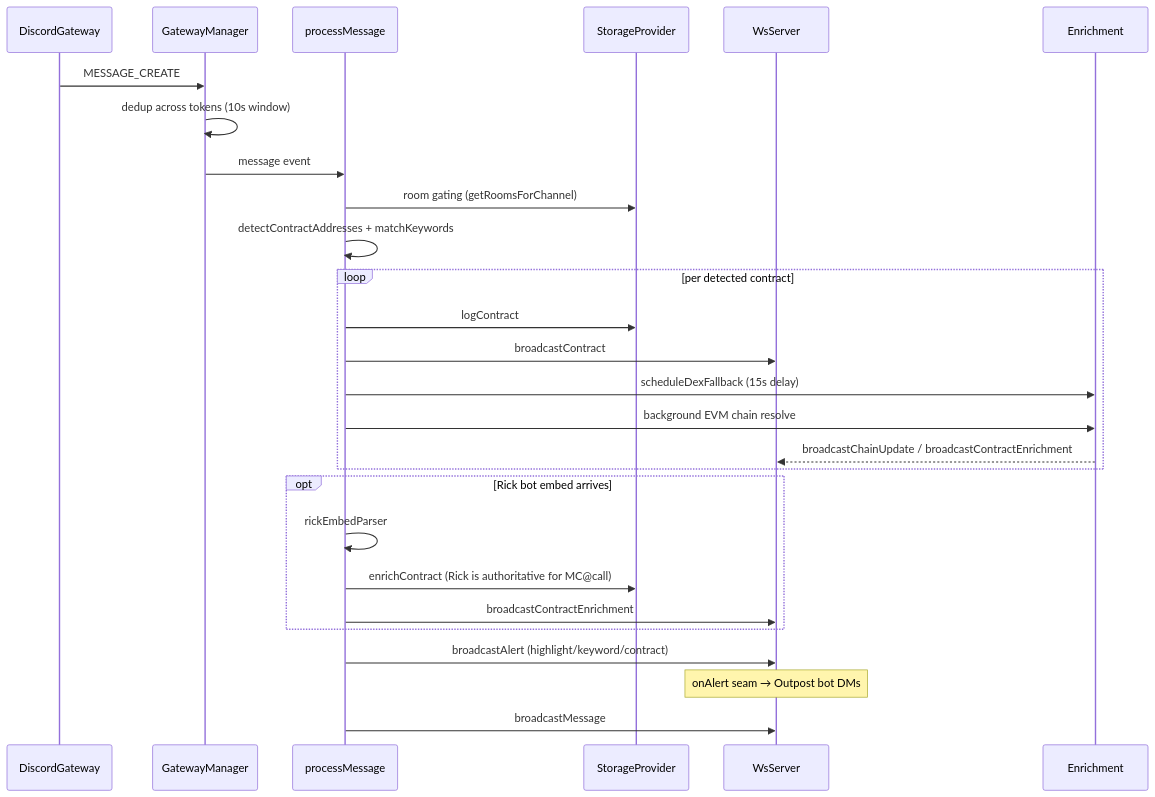
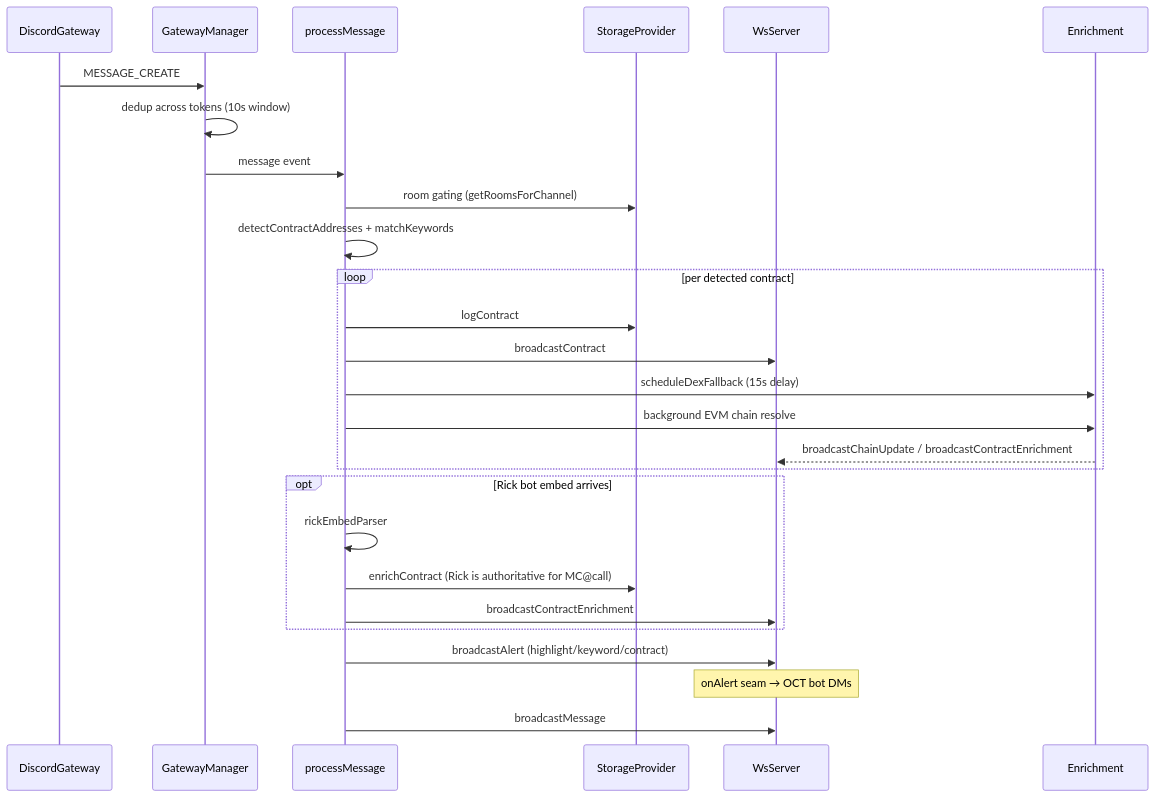
Before and after one commit to ArhamKhurram/Onchain-Tools: the second of 5 diagrams in docs/src/content/docs/architecture/backend.md, drawn with Mermaid. The commit also changed other lines of this file and 28 other files, not shown here.

````diff
--- a/docs/src/content/docs/architecture/backend.md
+++ b/docs/src/content/docs/architecture/backend.md
@@ -87,30 +87,30 @@
 ```mermaid
 sequenceDiagram
   participant G as DiscordGateway
   participant M as GatewayManager
   participant P as processMessage
   participant S as StorageProvider
   participant W as WsServer
   participant E as Enrichment
 
   G->>M: MESSAGE_CREATE
   M->>M: dedup across tokens (10s window)
   M->>P: message event
   P->>S: room gating (getRoomsForChannel)
   P->>P: detectContractAddresses + matchKeywords
   loop per detected contract
     P->>S: logContract
     P->>W: broadcastContract
     P->>E: scheduleDexFallback (15s delay)
     P->>E: background EVM chain resolve
     E-->>W: broadcastChainUpdate / broadcastContractEnrichment
   end
   opt Rick bot embed arrives
     P->>P: rickEmbedParser
     P->>S: enrichContract (Rick is authoritative for MC@call)
     P->>W: broadcastContractEnrichment
   end
   P->>W: broadcastAlert (highlight/keyword/contract)
-  Note over W: onAlert seam → Outpost bot DMs
+  Note over W: onAlert seam → OCT bot DMs
   P->>W: broadcastMessage
 ```
````
